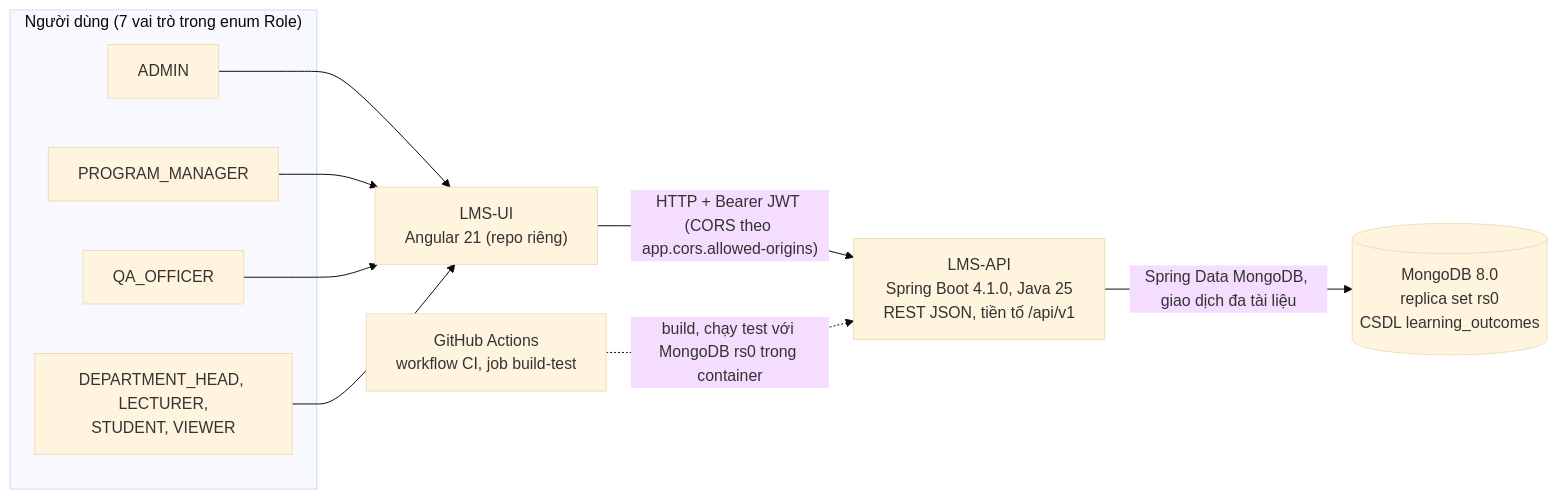
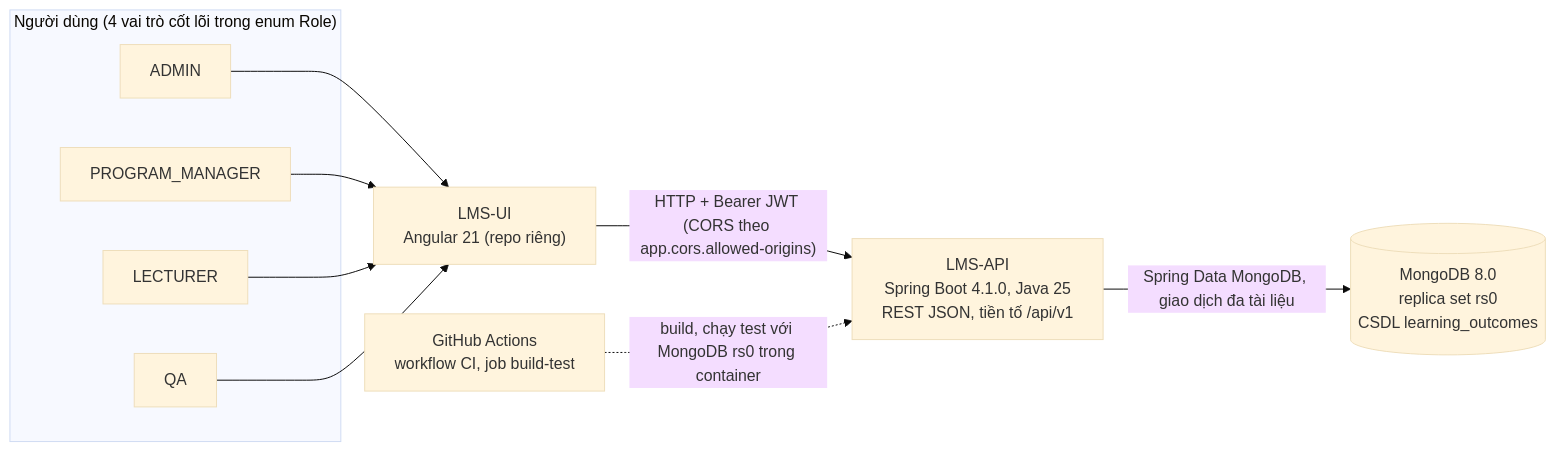
One commit to UTE-LMS/LMS-API changed the diagram in doc/sdd/01-context.md. Above: the diagram before and after it, drawn with Mermaid (base theme). The commit also changed other lines of this file and 71 other files, not shown here.

Commit message:
docs(sync): align all architecture docs and codebase with v0.7 4-role model

````diff
--- a/doc/sdd/01-context.md
+++ b/doc/sdd/01-context.md
@@ -8,22 +8,22 @@
 ```mermaid
 flowchart LR
-    subgraph users["Người dùng (7 vai trò trong enum Role)"]
+    subgraph users["Người dùng (4 vai trò cốt lõi trong enum Role)"]
         admin["ADMIN"]
         pm["PROGRAM_MANAGER"]
-        qa["QA_OFFICER"]
-        others["DEPARTMENT_HEAD, LECTURER,<br/>STUDENT, VIEWER"]
+        lecturer["LECTURER"]
+        qa["QA"]
     end
 
     ui["LMS-UI<br/>Angular 21 (repo riêng)"]
     api["LMS-API<br/>Spring Boot 4.1.0, Java 25<br/>REST JSON, tiền tố /api/v1"]
     db[("MongoDB 8.0<br/>replica set rs0<br/>CSDL learning_outcomes")]
     gha["GitHub Actions<br/>workflow CI, job build-test"]
 
     admin --> ui
     pm --> ui
+    lecturer --> ui
     qa --> ui
-    others --> ui
     ui -- "HTTP + Bearer JWT (CORS theo app.cors.allowed-origins)" --> api
     api -- "Spring Data MongoDB, giao dịch đa tài liệu" --> db
     gha -. "build, chạy test với MongoDB rs0 trong container" .-> api
 ```
````
